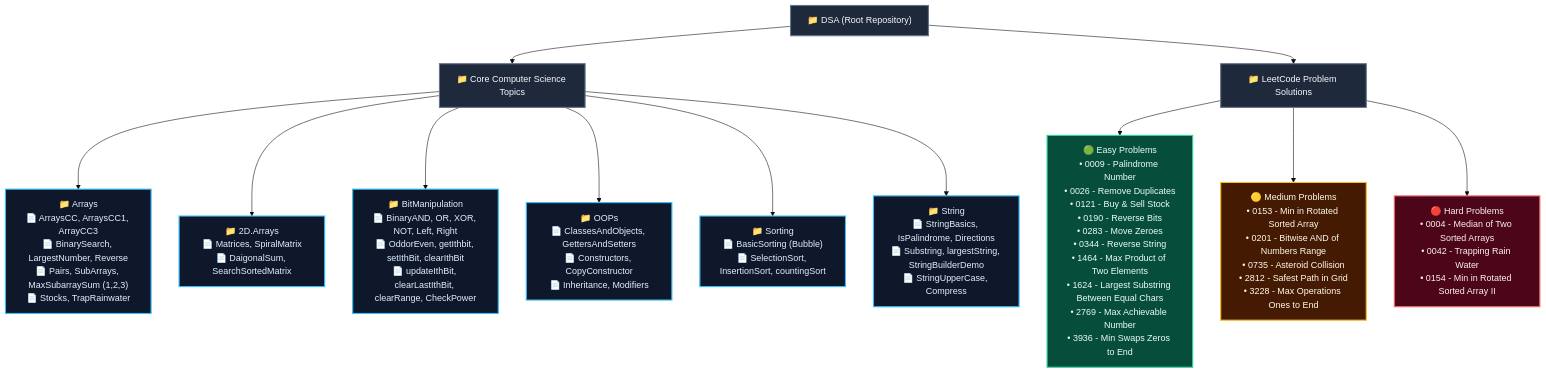
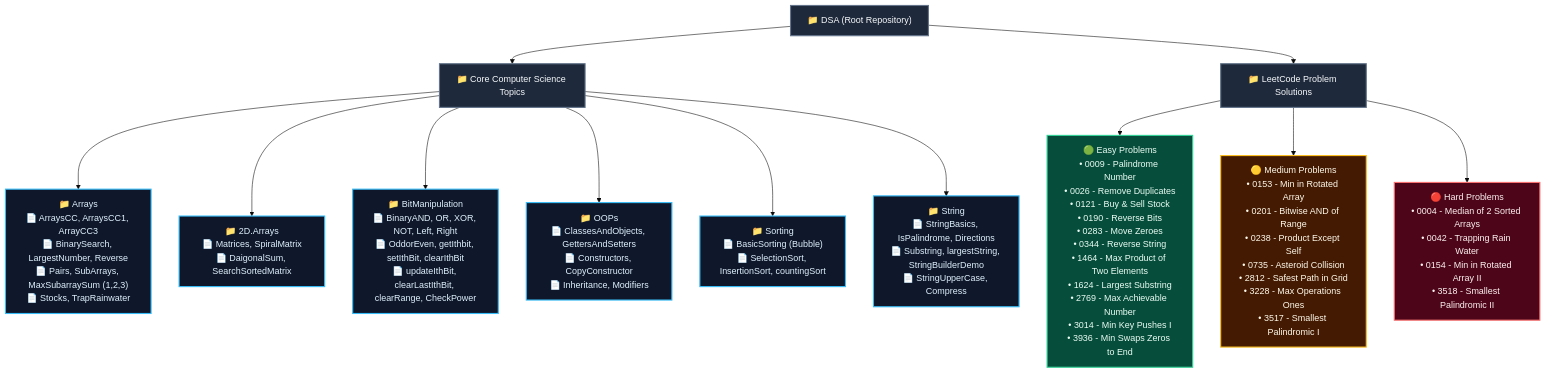
Before and after one commit to raghuvanshi-sec/DSA: the diagram in README.md, drawn with Mermaid (base theme). The commit also changed other lines of this file and 5 other files, not shown here.

````diff
--- a/README.md
+++ b/README.md
@@ -154,34 +158,34 @@
 ```mermaid
 flowchart TD
     DSA["📁 DSA (Root Repository)"]
     
     %% Categories
     DSA --> Core["📁 Core Computer Science Topics"]
     DSA --> LC["📁 LeetCode Problem Solutions"]
     
     %% Core Breakdown
     Core --> Arrays["📁 Arrays<br/>📄 ArraysCC, ArraysCC1, ArrayCC3<br/>📄 BinarySearch, LargestNumber, Reverse<br/>📄 Pairs, SubArrays, MaxSubarraySum (1,2,3)<br/>📄 Stocks, TrapRainwater"]
     Core --> 2DArrays["📁 2D.Arrays<br/>📄 Matrices, SpiralMatrix<br/>📄 DaigonalSum, SearchSortedMatrix"]
     Core --> Bitwise["📁 BitManipulation<br/>📄 BinaryAND, OR, XOR, NOT, Left, Right<br/>📄 OddorEven, getIthbit, setIthBit, clearIthBit<br/>📄 updateIthBit, clearLastIthBit, clearRange, CheckPower"]
     Core --> OOPs["📁 OOPs<br/>📄 ClassesAndObjects, GettersAndSetters<br/>📄 Constructors, CopyConstructor<br/>📄 Inheritance, Modifiers"]
     Core --> Sorting["📁 Sorting<br/>📄 BasicSorting (Bubble)<br/>📄 SelectionSort, InsertionSort, countingSort"]
     Core --> String["📁 String<br/>📄 StringBasics, IsPalindrome, Directions<br/>📄 Substring, largestString, StringBuilderDemo<br/>📄 StringUpperCase, Compress"]
     
     %% LeetCode Breakdown
-    LC --> Easy["🟢 Easy Problems<br/>• 0009 - Palindrome Number<br/>• 0026 - Remove Duplicates<br/>• 0121 - Buy & Sell Stock<br/>• 0190 - Reverse Bits<br/>• 0283 - Move Zeroes<br/>• 0344 - Reverse String<br/>• 1464 - Max Product of Two Elements<br/>• 1624 - Largest Substring Between Equal Chars<br/>• 2769 - Max Achievable Number<br/>• 3936 - Min Swaps Zeros to End"]
-    LC --> Medium["🟡 Medium Problems<br/>• 0153 - Min in Rotated Sorted Array<br/>• 0201 - Bitwise AND of Numbers Range<br/>• 0735 - Asteroid Collision<br/>• 2812 - Safest Path in Grid<br/>• 3228 - Max Operations Ones to End"]
-    LC --> Hard["🔴 Hard Problems<br/>• 0004 - Median of Two Sorted Arrays<br/>• 0042 - Trapping Rain Water<br/>• 0154 - Min in Rotated Sorted Array II"]
+    LC --> Easy["🟢 Easy Problems<br/>• 0009 - Palindrome Number<br/>• 0026 - Remove Duplicates<br/>• 0121 - Buy & Sell Stock<br/>• 0190 - Reverse Bits<br/>• 0283 - Move Zeroes<br/>• 0344 - Reverse String<br/>• 1464 - Max Product of Two Elements<br/>• 1624 - Largest Substring<br/>• 2769 - Max Achievable Number<br/>• 3014 - Min Key Pushes I<br/>• 3936 - Min Swaps Zeros to End"]
+    LC --> Medium["🟡 Medium Problems<br/>• 0153 - Min in Rotated Array<br/>• 0201 - Bitwise AND of Range<br/>• 0238 - Product Except Self<br/>• 0735 - Asteroid Collision<br/>• 2812 - Safest Path in Grid<br/>• 3228 - Max Operations Ones<br/>• 3517 - Smallest Palindromic I"]
+    LC --> Hard["🔴 Hard Problems<br/>• 0004 - Median of 2 Sorted Arrays<br/>• 0042 - Trapping Rain Water<br/>• 0154 - Min in Rotated Array II<br/>• 3518 - Smallest Palindromic II"]
 
     %% Styling
     classDef main fill:#1e293b,stroke:#64748b,stroke-width:2px,color:#f8fafc;
     classDef folder fill:#0f172a,stroke:#38bdf8,stroke-width:2px,color:#e0f2fe;
     classDef easy fill:#064e3b,stroke:#34d399,stroke-width:2px,color:#ecfdf5;
     classDef medium fill:#451a03,stroke:#fbbf24,stroke-width:2px,color:#fffbeb;
     classDef hard fill:#4c0519,stroke:#f87171,stroke-width:2px,color:#fef2f2;
     
     class DSA,Core,LC main;
     class Arrays,2DArrays,Bitwise,OOPs,Sorting,String folder;
     class Easy easy;
     class Medium medium;
     class Hard hard;
 ```
````
